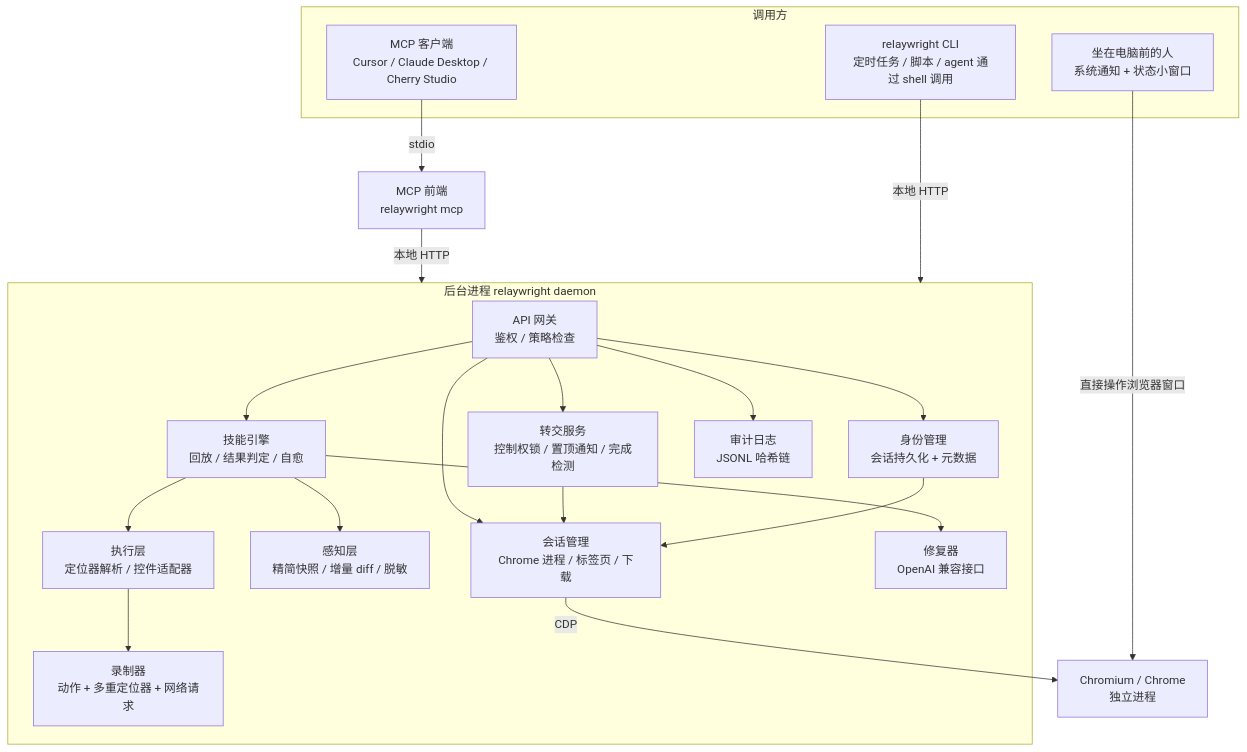
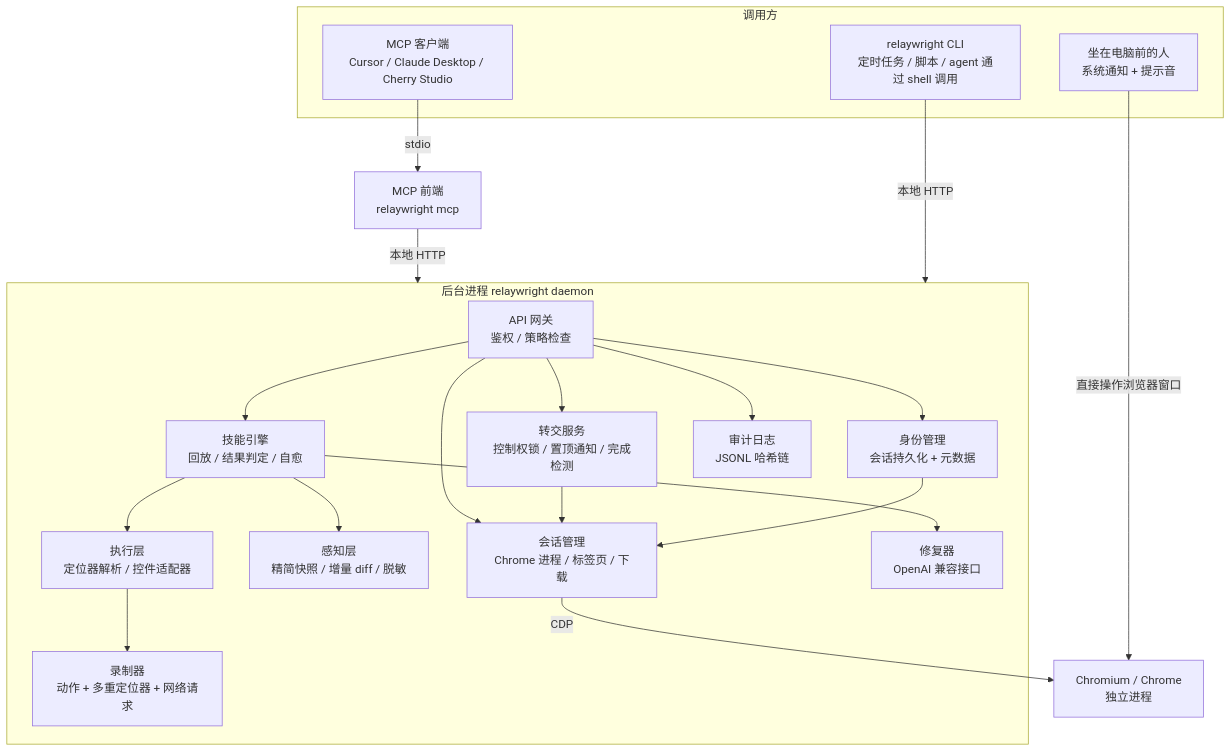
One commit to JiangnanZhang-2006/relaywright changed the first of 3 diagrams in docs/architecture.md. Above: the diagram before and after it, drawn with Mermaid. The commit also changed other lines of this file and 22 other files, not shown here.

````diff
--- a/docs/architecture.md
+++ b/docs/architecture.md
@@ -28,33 +28,33 @@
 ```mermaid
 flowchart TB
   subgraph Clients[调用方]
     MC[MCP 客户端<br/>Cursor / Claude Desktop / Cherry Studio]
     CLI[relaywright CLI<br/>定时任务 / 脚本 / agent 通过 shell 调用]
-    Human[坐在电脑前的人<br/>系统通知 + 状态小窗口]
+    Human[坐在电脑前的人<br/>系统通知 + 提示音]
   end
 
   MC -- stdio --> MCP[MCP 前端<br/>relaywright mcp]
   MCP -- 本地 HTTP --> D
   CLI -- 本地 HTTP --> D
   Human -- 直接操作浏览器窗口 --> CH
 
   subgraph D[后台进程 relaywright daemon]
     API[API 网关<br/>鉴权 / 策略检查]
     SM[会话管理<br/>Chrome 进程 / 标签页 / 下载]
     PER[感知层<br/>精简快照 / 增量 diff / 脱敏]
     ACT[执行层<br/>定位器解析 / 控件适配器]
     REC[录制器<br/>动作 + 多重定位器 + 网络请求]
     SK[技能引擎<br/>回放 / 结果判定 / 自愈]
     HO[转交服务<br/>控制权锁 / 置顶通知 / 完成检测]
     V[身份管理<br/>会话持久化 + 元数据]
     AU[审计日志<br/>JSONL 哈希链]
     HEAL[修复器<br/>OpenAI 兼容接口]
   end
 
   SM -- CDP --> CH[Chromium / Chrome<br/>独立进程]
   API --> SM & SK & HO & V & AU
   SK --> ACT & PER & HEAL
   ACT --> REC
   HO --> SM
   V --> SM
 ```
````
